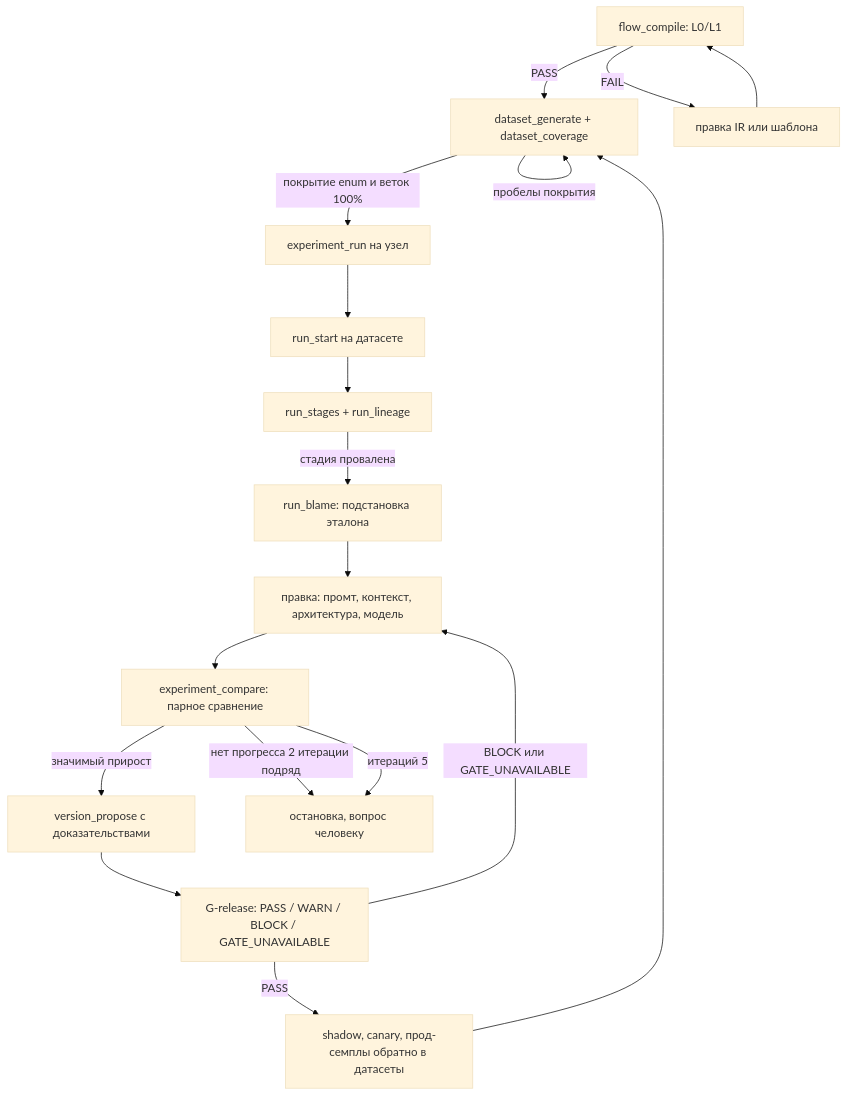
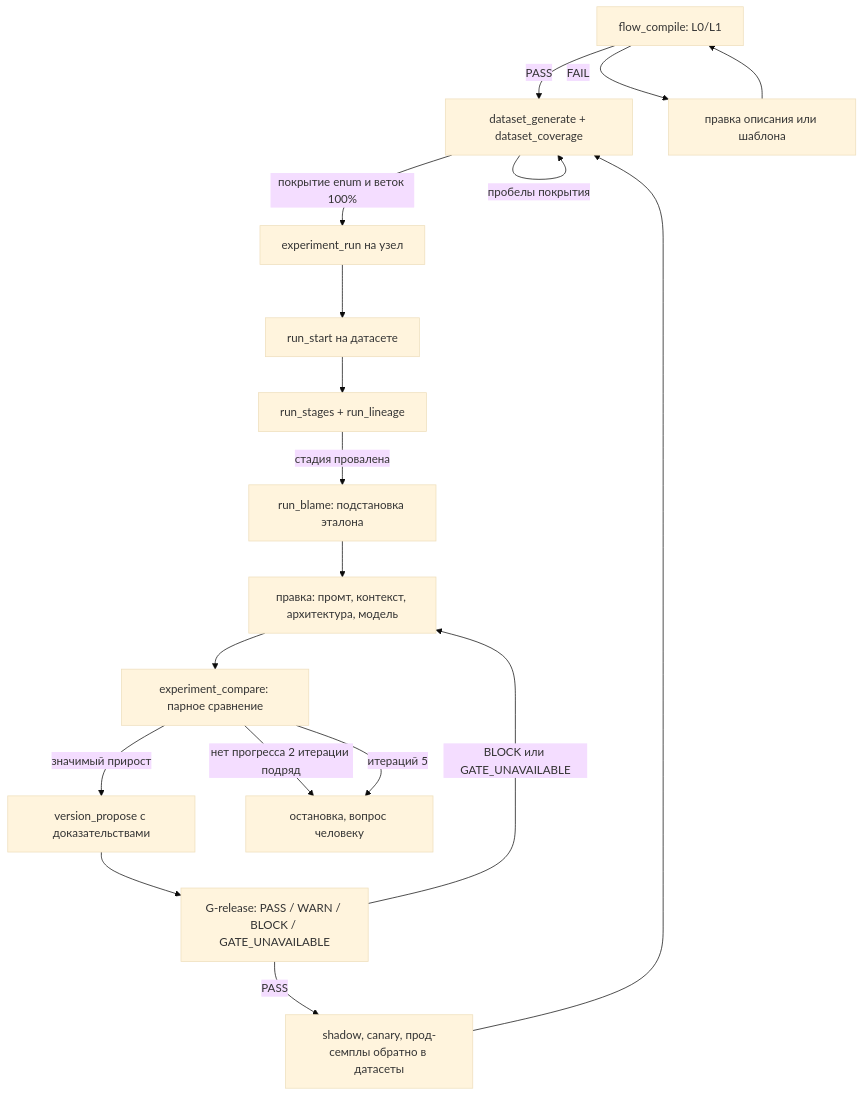
One commit to lastonoga/AQVEN changed the diagram in docs/01-product-and-requirements.md. Above: the diagram before and after it, drawn with Mermaid (base theme). The commit also changed other lines of this file and 476 other files, not shown here.

````diff
--- a/docs/01-product-and-requirements.md
+++ b/docs/01-product-and-requirements.md
@@ -149,20 +161,20 @@
 ```mermaid
 flowchart TD
   compile[flow_compile: L0/L1] -->|PASS| datasets[dataset_generate + dataset_coverage]
-  compile -->|FAIL| fix[правка IR или шаблона]
+  compile -->|FAIL| fix[правка описания или шаблона]
   fix --> compile
   datasets -->|покрытие enum и веток 100%| nodeTest[experiment_run на узел]
   datasets -->|пробелы покрытия| datasets
   nodeTest --> flowTest[run_start на датасете]
   flowTest --> stages[run_stages + run_lineage]
   stages -->|стадия провалена| blame[run_blame: подстановка эталона]
   blame --> improve[правка: промт, контекст, архитектура, модель]
   improve --> compare[experiment_compare: парное сравнение]
   compare -->|значимый прирост| propose[version_propose с доказательствами]
   compare -->|нет прогресса 2 итерации подряд| stop[остановка, вопрос человеку]
   compare -->|итераций 5| stop
   propose --> gate[G-release: PASS / WARN / BLOCK / GATE_UNAVAILABLE]
   gate -->|PASS| prod[shadow, canary, прод-семплы обратно в датасеты]
   gate -->|BLOCK или GATE_UNAVAILABLE| improve
   prod --> datasets
 ```
````
